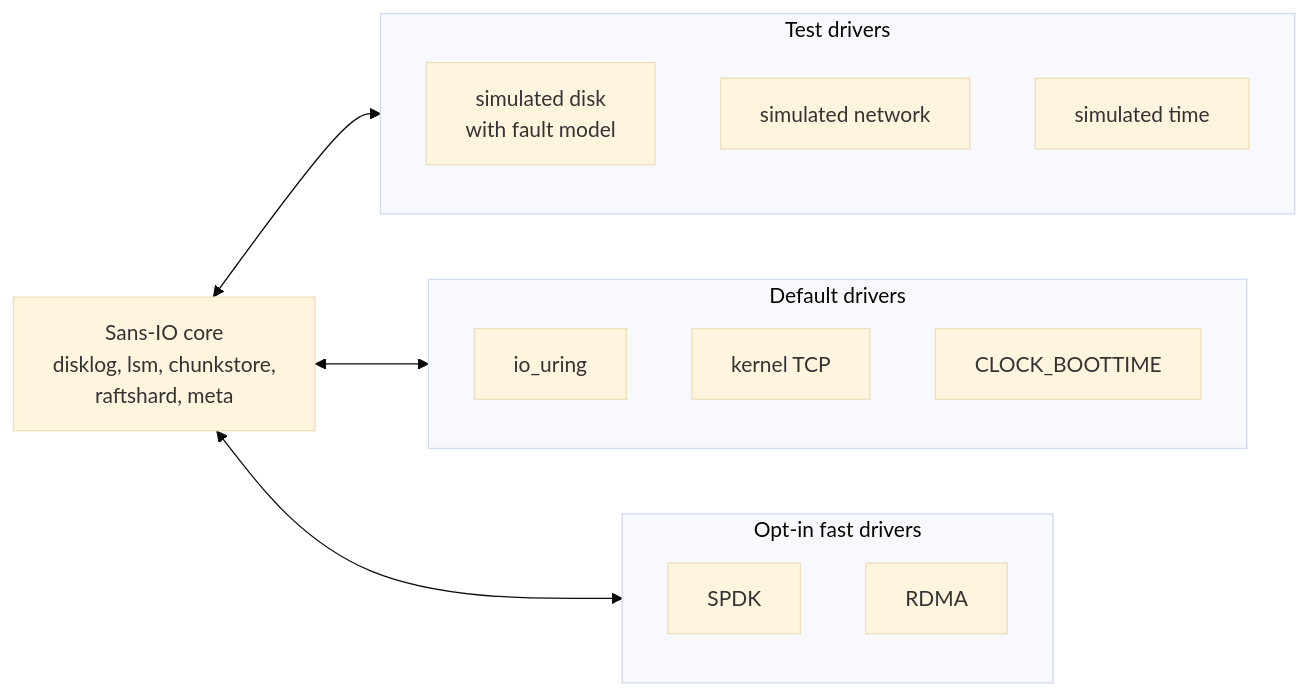
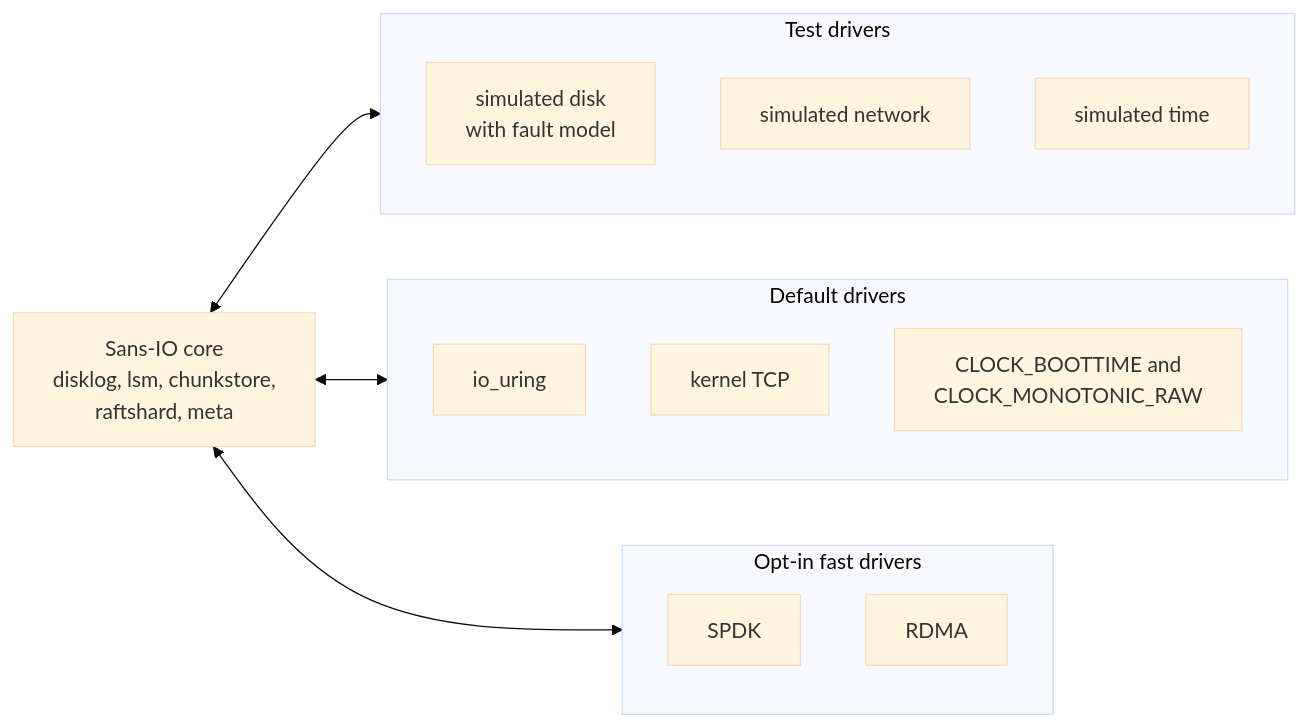
The third of 5 diagrams in blogs/11-runtime-in-go.md (nvcnvn/rock-solid), drawn with Mermaid (base theme) before and after one commit. The commit also changed other lines of this file and 23 other files, not shown here.

````diff
--- a/blogs/11-runtime-in-go.md
+++ b/blogs/11-runtime-in-go.md
@@ -400,21 +403,21 @@
 ```mermaid
 flowchart LR
     CORE["Sans-IO core<br/>disklog, lsm, chunkstore,<br/>raftshard, meta"]
     subgraph TEST["Test drivers"]
         SD["simulated disk<br/>with fault model"]
         SN["simulated network"]
         ST["simulated time"]
     end
     subgraph DEF["Default drivers"]
         UR["io_uring"]
         TCP["kernel TCP"]
-        CB["CLOCK_BOOTTIME"]
+        CB["CLOCK_BOOTTIME and<br/>CLOCK_MONOTONIC_RAW"]
     end
     subgraph FAST["Opt-in fast drivers"]
         SP["SPDK"]
         RD["RDMA"]
     end
     CORE <--> TEST
     CORE <--> DEF
     CORE <--> FAST
 ```
````
